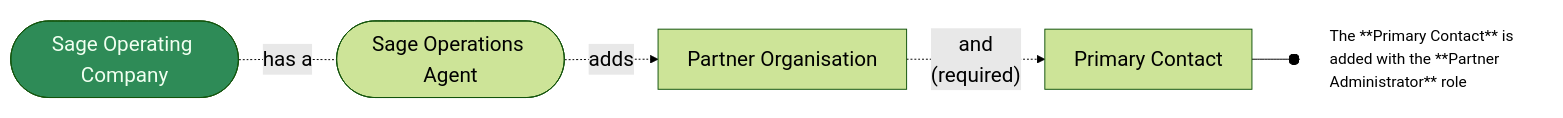
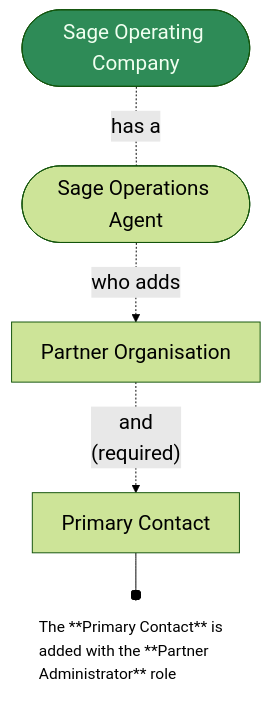
One commit to joe-dorward/samples changed the diagram in 2025_Sage/01_Scenario - Partner organisation.mdx. Above: the diagram before and after it, drawn with Mermaid.

Commit message:
Update 01_Scenario - Partner organisation.mdx

````diff
--- a/2025_Sage/01_Scenario - Partner organisation.mdx
+++ b/2025_Sage/01_Scenario - Partner organisation.mdx
@@ -2,23 +2,23 @@
 ```mermaid
 %%{
   init: {
     'theme': 'forest',
     'themeVariables': {
       'fontSize':'16pt'
     }
   }
 }%%
-flowchart LR
+flowchart TD
  %%classDef Note fill:pink, stroke:white, text-align:left, font-size:12pt, width:400px, margin:0px, padding:10px;
  classDef Sage fill:seagreen, color:honeydew;
  classDef Note fill:white, stroke:white, text-align:left, font-size:12pt;
 
   SAGE_OPERATING_COMPANY_01([Sage Operating Company])-.has a.-
-  SAGE_OPERATIONS_AGENT_01([Sage Operations Agent])-.adds.->
+  SAGE_OPERATIONS_AGENT_01([Sage Operations Agent])-.who adds.->
   PARTNER_ORGANISATION_01[Partner Organisation]-.and<br/>(required).->
   PRIMARY_CONTACT_01[Primary Contact]--o
   PRIMARY_CONTACT_01_NOTE[The **Primary Contact** is added with the **Partner Administrator** role]
 
   class SAGE_OPERATING_COMPANY_01 Sage
   class PRIMARY_CONTACT_01_NOTE Note
 ```
````
